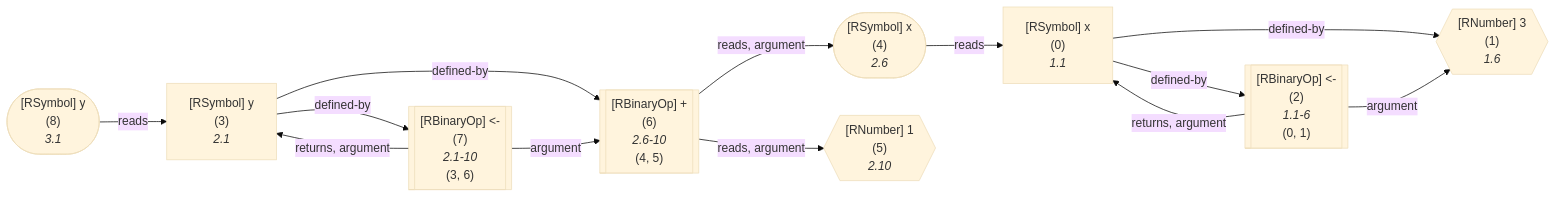
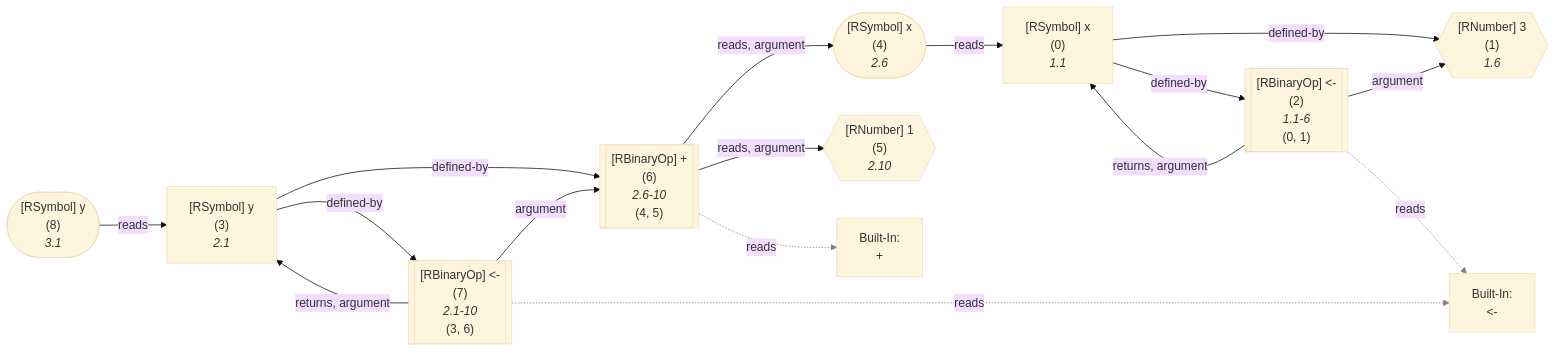
Before and after one commit to flowr-analysis/flowr: the first of 48 diagrams in wiki/Dataflow Graph.md, drawn with Mermaid (base theme). The commit also changed other lines of this file and 7 other files, not shown here.

Commit message:
[skip ci] doc: update generated wiki pages (wiki/Capabilities,wiki/Dataflow Graph,wiki/Search API,wiki/Interface,wiki/Control Flow Graph,wiki/Linting and Testing,wiki/Core,README)

````diff
--- a/wiki/Dataflow Graph.md
+++ b/wiki/Dataflow Graph.md
@@ -22,45 +22,55 @@
 ```mermaid
 flowchart LR
     1{{"`#91;RNumber#93; 3
       (1)
       *1.6*`"}}
     0["`#91;RSymbol#93; x
       (0)
       *1.1*`"]
     2[["`#91;RBinaryOp#93; #60;#45;
       (2)
       *1.1-6*
     (0, 1)`"]]
+    built-in:_-["`Built-In:
+#60;#45;`"]
     4(["`#91;RSymbol#93; x
       (4)
       *2.6*`"])
     5{{"`#91;RNumber#93; 1
       (5)
       *2.10*`"}}
     6[["`#91;RBinaryOp#93; #43;
       (6)
       *2.6-10*
     (4, 5)`"]]
+    built-in:_["`Built-In:
+#43;`"]
     3["`#91;RSymbol#93; y
       (3)
       *2.1*`"]
     7[["`#91;RBinaryOp#93; #60;#45;
       (7)
       *2.1-10*
     (3, 6)`"]]
     8(["`#91;RSymbol#93; y
       (8)
       *3.1*`"])
     0 -->|"defined-by"| 1
     0 -->|"defined-by"| 2
     2 -->|"argument"| 1
     2 -->|"returns, argument"| 0
+    2 -.->|"reads"| built-in:_-
+    linkStyle 4 stroke:gray;
     4 -->|"reads"| 0
     6 -->|"reads, argument"| 4
     6 -->|"reads, argument"| 5
+    6 -.->|"reads"| built-in:_
+    linkStyle 8 stroke:gray;
     3 -->|"defined-by"| 6
     3 -->|"defined-by"| 7
     7 -->|"argument"| 6
     7 -->|"returns, argument"| 3
+    7 -.->|"reads"| built-in:_-
+    linkStyle 13 stroke:gray;
     8 -->|"reads"| 3
 ```
````
